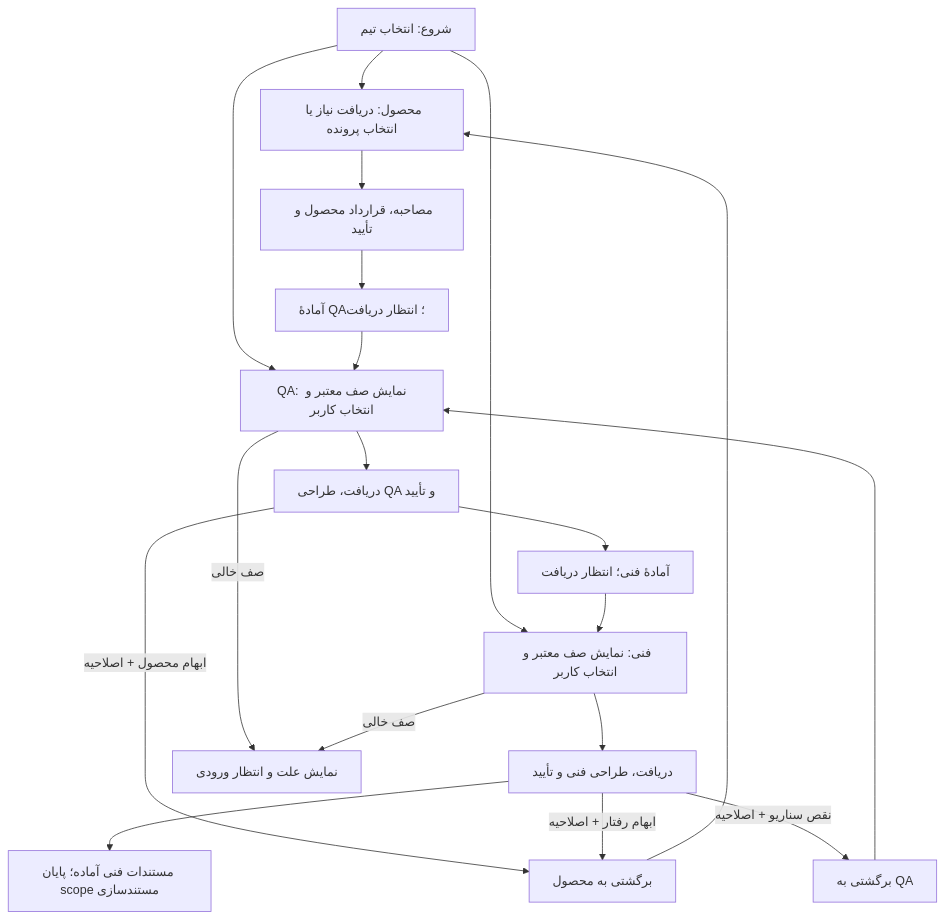
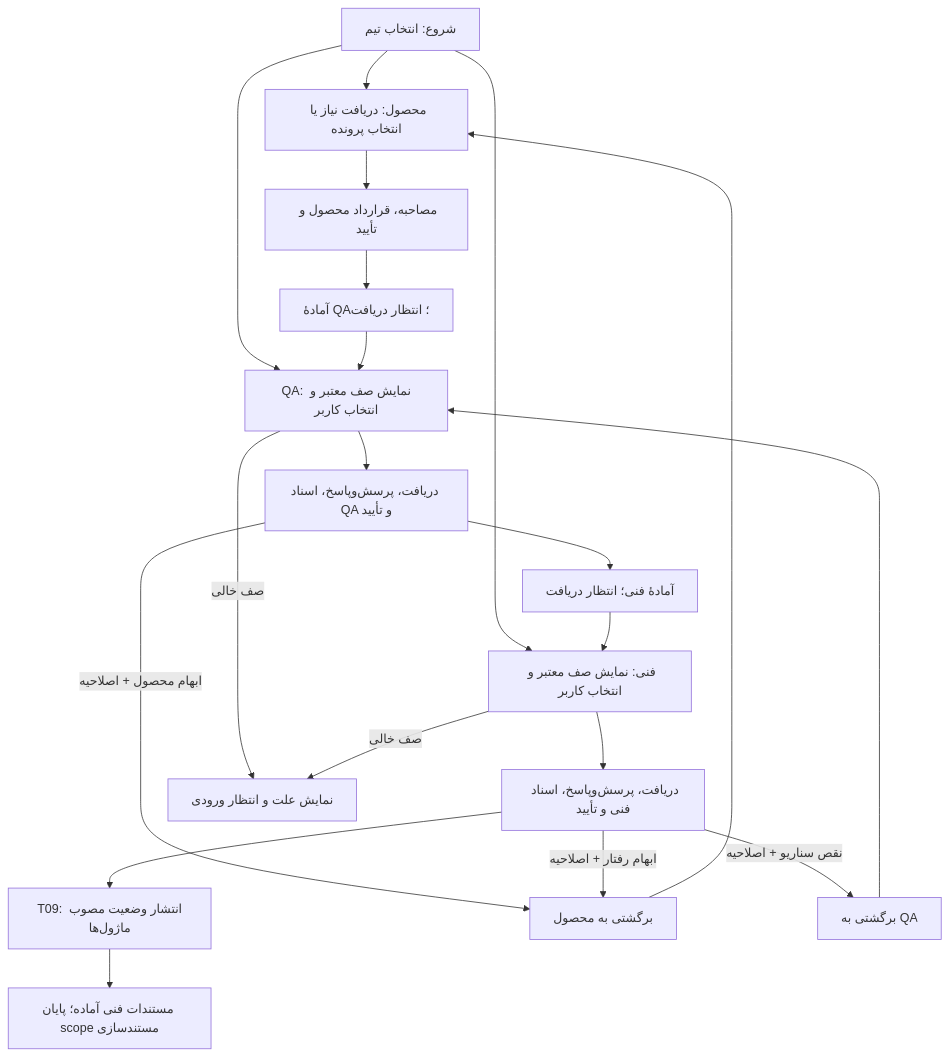
The diagram in workflows/00-team-entry.md (oveysrostami/product-workflow), drawn with Mermaid before and after one commit. The commit also changed other lines of this file and 51 other files, not shown here.

````diff
--- a/workflows/00-team-entry.md
+++ b/workflows/00-team-entry.md
@@ -49,21 +51,22 @@
 ```mermaid
 flowchart TD
     Start["شروع: انتخاب تیم"] --> Product["محصول: دریافت نیاز یا انتخاب پرونده"]
     Start --> QA["QA: نمایش صف معتبر و انتخاب کاربر"]
     Start --> Tech["فنی: نمایش صف معتبر و انتخاب کاربر"]
     Product --> P["مصاحبه، قرارداد محصول و تأیید"]
     P --> PQ["آمادهٔ QA؛ انتظار دریافت"]
     PQ --> QA
-    QA --> Q["دریافت، طراحی QA و تأیید"]
+    QA --> Q["دریافت، پرسش‌وپاسخ، اسناد QA و تأیید"]
     Q --> QT["آمادهٔ فنی؛ انتظار دریافت"]
     QT --> Tech
-    Tech --> T["دریافت، طراحی فنی و تأیید"]
-    T --> Done["مستندات فنی آماده؛ پایان scope مستندسازی"]
+    Tech --> T["دریافت، پرسش‌وپاسخ، اسناد فنی و تأیید"]
+    T --> M["T09: انتشار وضعیت مصوب ماژول‌ها"]
+    M --> Done["مستندات فنی آماده؛ پایان scope مستندسازی"]
     Q -->|"ابهام محصول + اصلاحیه"| RP["برگشتی به محصول"]
     T -->|"ابهام رفتار + اصلاحیه"| RP
     T -->|"نقص سناریو + اصلاحیه"| RQ["برگشتی به QA"]
     RP --> Product
     RQ --> QA
     QA -->|"صف خالی"| Wait["نمایش علت و انتظار ورودی"]
     Tech -->|"صف خالی"| Wait
 ```
````
